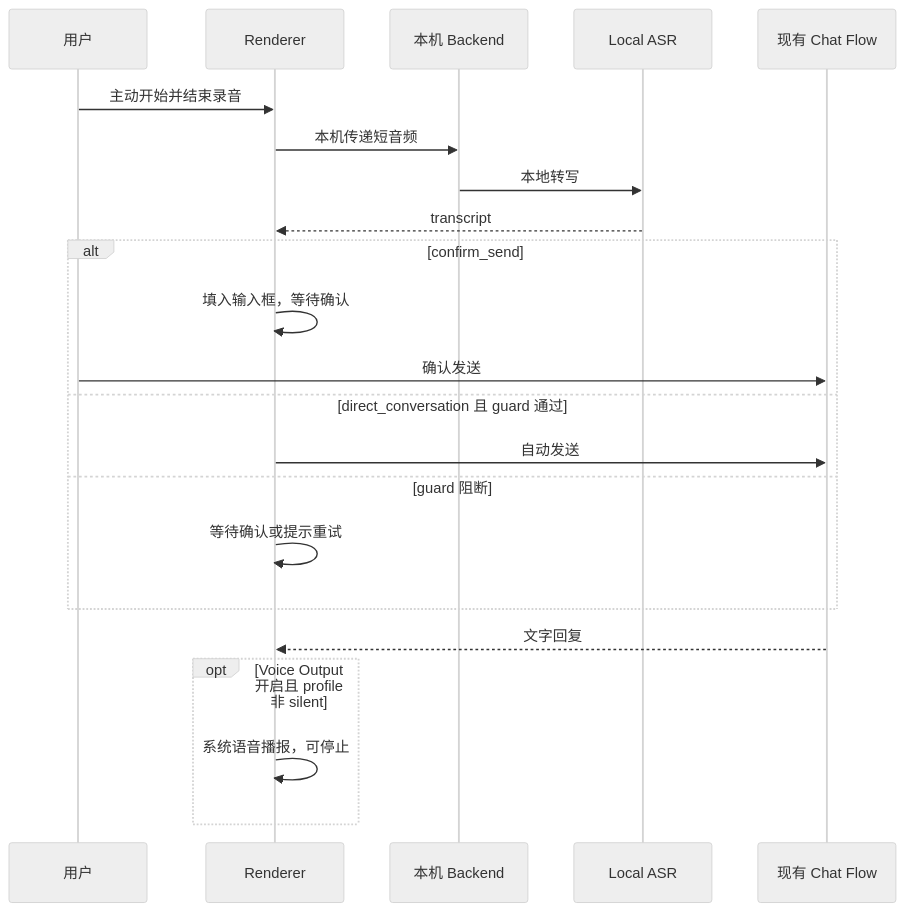
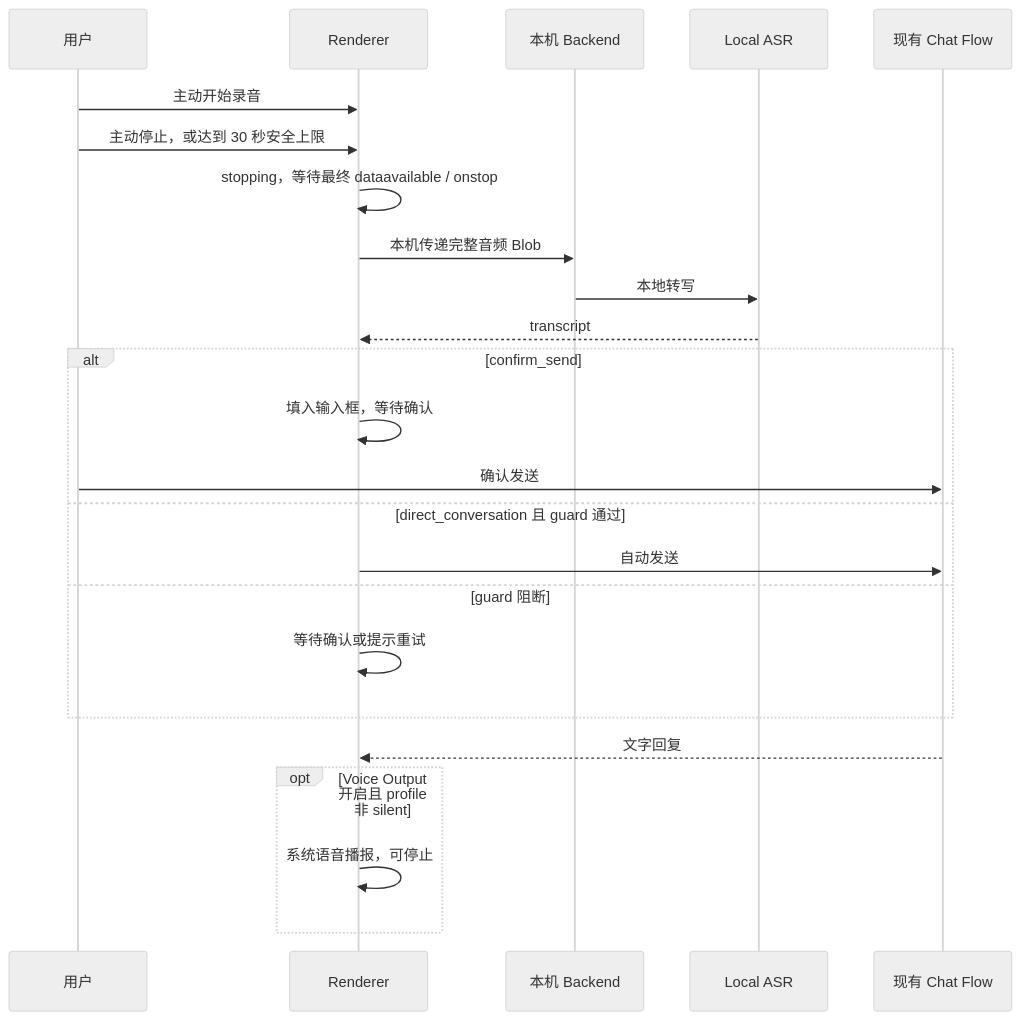
Before and after one commit to Zhuoran-26/ReiLink: the third of 3 diagrams in README.md, drawn with Mermaid (neutral theme). The commit also changed other lines of this file and 10 other files, not shown here.

````diff
--- a/README.md
+++ b/README.md
@@ -195,25 +197,27 @@
 ```mermaid
 sequenceDiagram
   participant User as 用户
   participant UI as Renderer
   participant Backend as 本机 Backend
   participant ASR as Local ASR
   participant Chat as 现有 Chat Flow
 
-  User->>UI: 主动开始并结束录音
-  UI->>Backend: 本机传递短音频
+  User->>UI: 主动开始录音
+  User->>UI: 主动停止，或达到 30 秒安全上限
+  UI->>UI: stopping，等待最终 dataavailable / onstop
+  UI->>Backend: 本机传递完整音频 Blob
   Backend->>ASR: 本地转写
   ASR-->>UI: transcript
   alt confirm_send
     UI->>UI: 填入输入框，等待确认
     User->>Chat: 确认发送
   else direct_conversation 且 guard 通过
     UI->>Chat: 自动发送
   else guard 阻断
     UI->>UI: 等待确认或提示重试
   end
   Chat-->>UI: 文字回复
   opt Voice Output 开启且 profile 非 silent
     UI->>UI: 系统语音播报，可停止
   end
 ```
````
